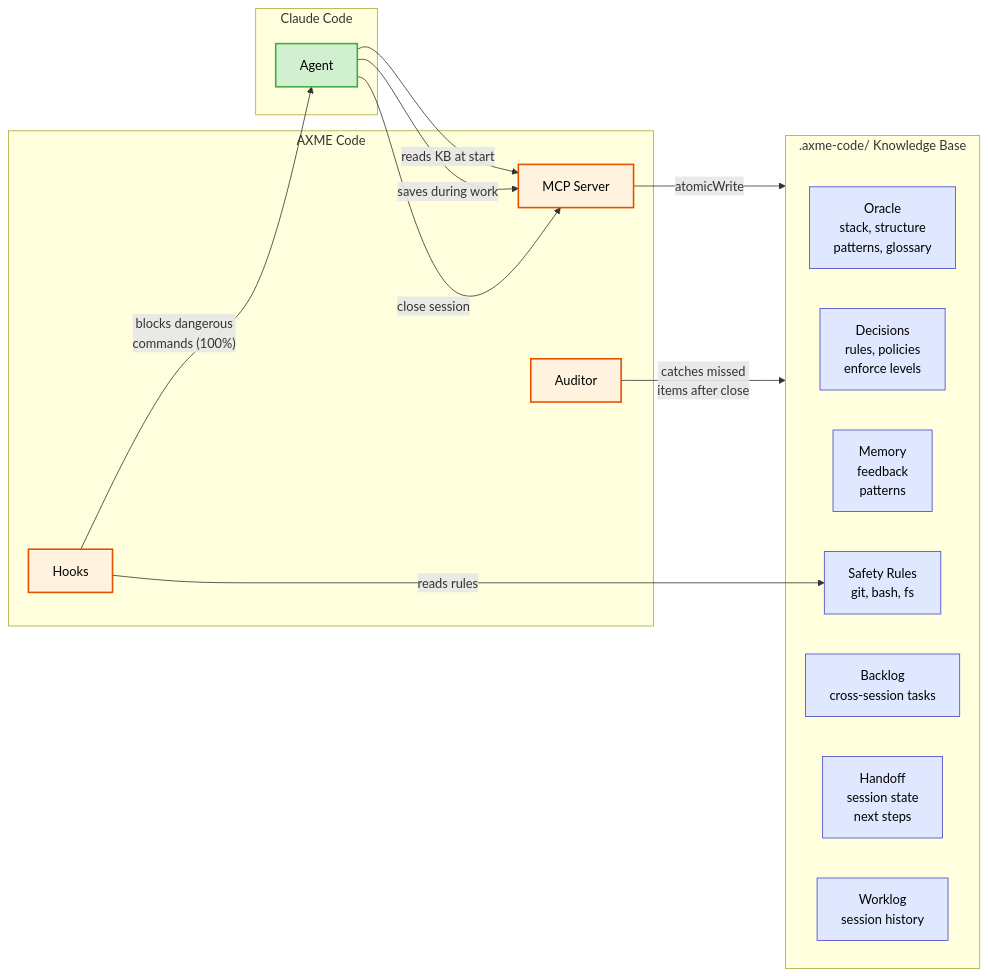
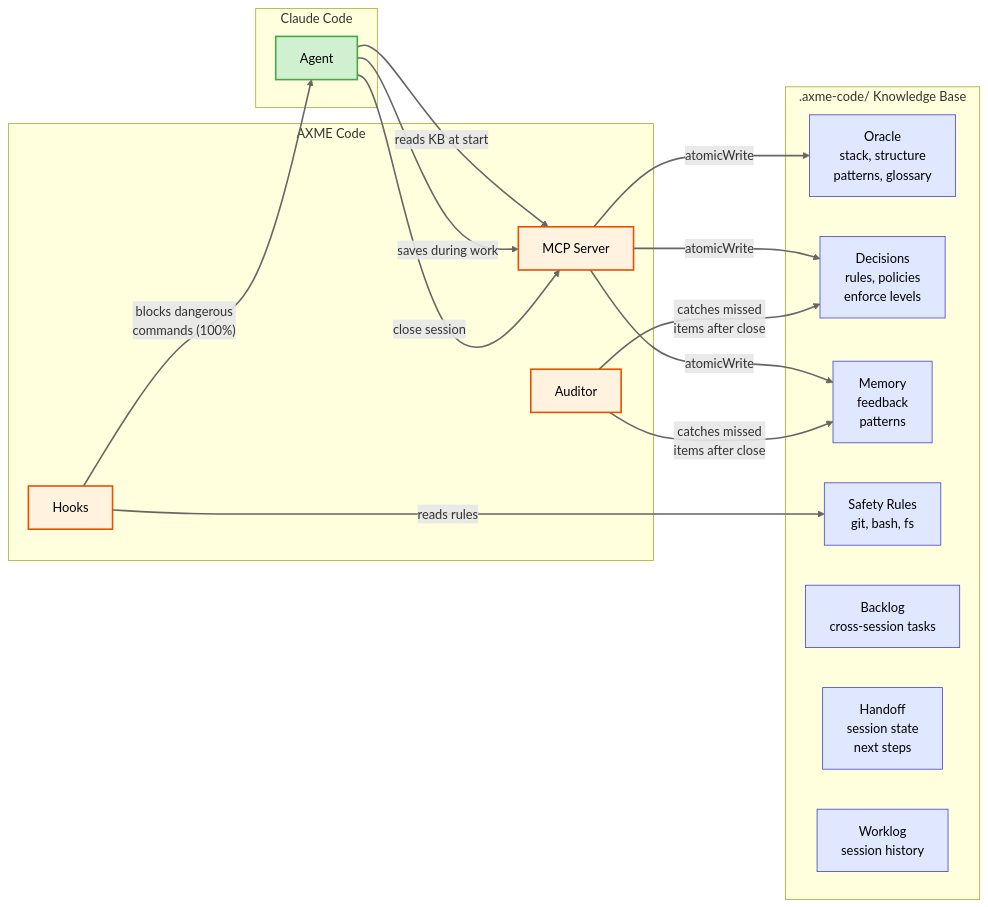
Before and after one commit to AxmeAI/axme-code: the diagram in docs/diagrams/axme-code-overview.mmd, drawn with Mermaid. The commit also changed 3 other files, not shown here.

First line of the commit message:
fix: README polish + overview diagram readability

```diff
--- a/docs/diagrams/axme-code-overview.mmd
+++ b/docs/diagrams/axme-code-overview.mmd
@@ -1,37 +1,42 @@
 graph LR
     subgraph CC["Claude Code"]
         A["Agent"]
     end
 
     subgraph AX["AXME Code"]
         MCP["MCP Server"]
         H["Hooks"]
         AU["Auditor"]
     end
 
     subgraph KB[".axme-code/ Knowledge Base"]
         O["Oracle\nstack, structure\npatterns, glossary"]
         D["Decisions\nrules, policies\nenforce levels"]
         M["Memory\nfeedback\npatterns"]
         S["Safety Rules\ngit, bash, fs"]
         BL["Backlog\ncross-session tasks"]
         HO["Handoff\nsession state\nnext steps"]
         W["Worklog\nsession history"]
     end
 
     A -->|"reads KB at start"| MCP
     A -->|"saves during work"| MCP
     A -->|"close session"| MCP
-    MCP -->|"atomicWrite"| KB
+    MCP -->|"atomicWrite"| O
+    MCP -->|"atomicWrite"| D
+    MCP -->|"atomicWrite"| M
 
     H -->|"blocks dangerous\ncommands (100%)"| A
     H -->|"reads rules"| S
-    AU -->|"catches missed\nitems after close"| KB
+    AU -->|"catches missed\nitems after close"| D
+    AU -->|"catches missed\nitems after close"| M
+
+    linkStyle default stroke:#666,stroke-width:2px
 
     classDef agent fill:#d0f0d0,stroke:#4a4,stroke-width:2px,color:#000
     classDef axme fill:#fff3e0,stroke:#e65100,stroke-width:2px,color:#000
     classDef kb fill:#e0e8ff,stroke:#44c,stroke-width:1px,color:#000
 
     class A agent
     class MCP,H,AU axme
     class O,D,M,S,BL,HO,W kb
```
